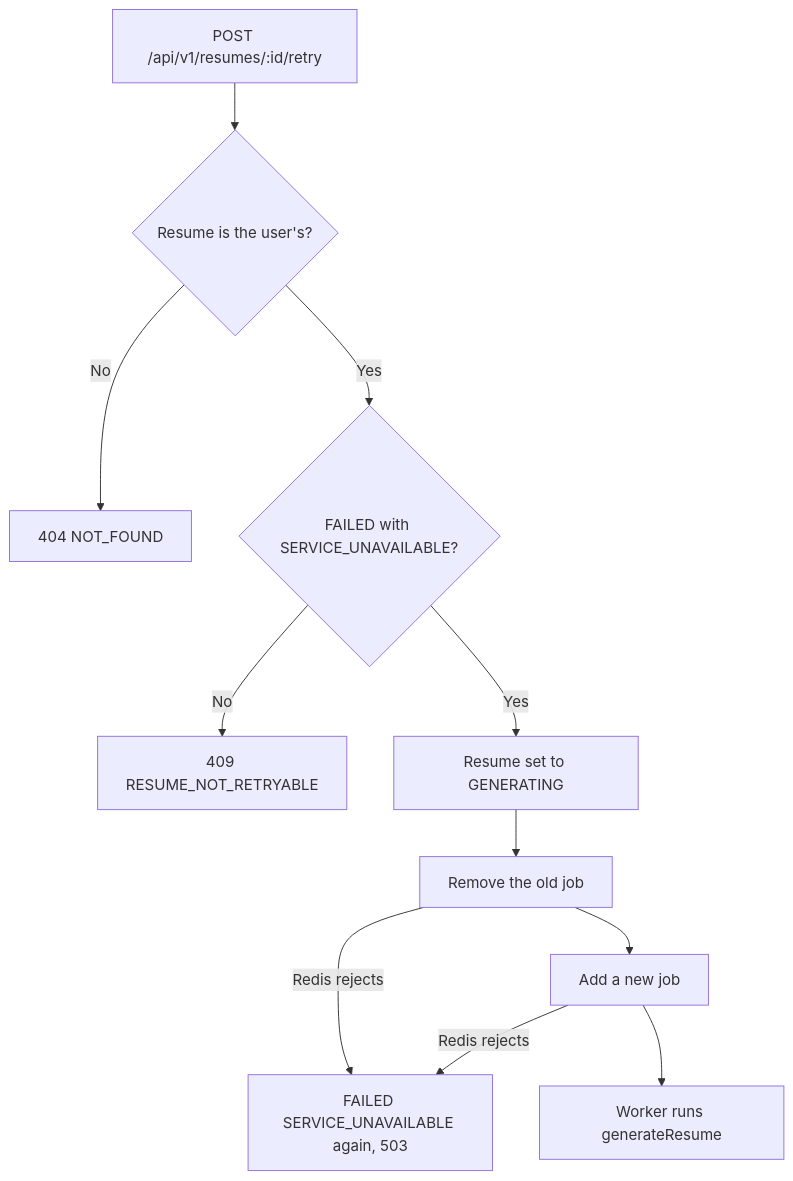
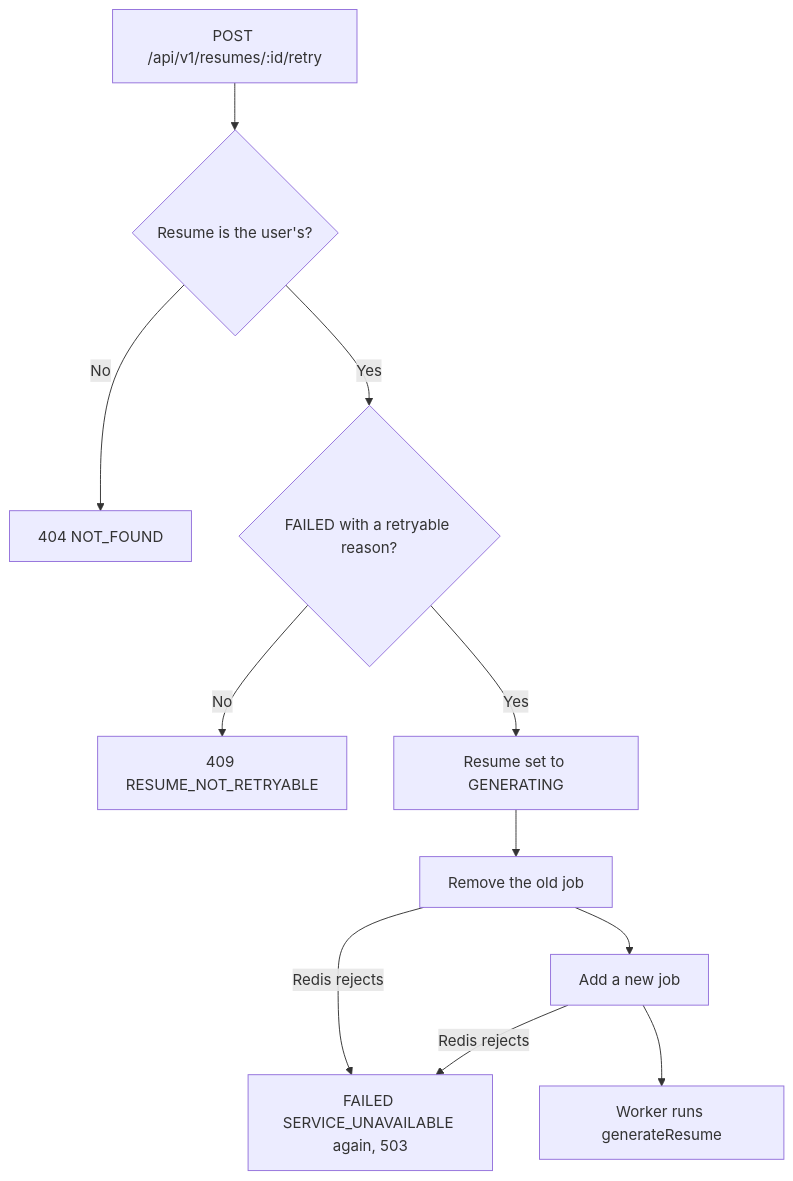
Before and after one commit to myusubov/tailorcv: the fourth of 4 diagrams in docs/architecture/onboarding/README.md, drawn with Mermaid. The commit also changed other lines of this file and 11 other files, not shown here.

````diff
--- a/docs/architecture/onboarding/README.md
+++ b/docs/architecture/onboarding/README.md
@@ -128,13 +129,13 @@
 ```mermaid
 flowchart TD
   Retry[POST /api/v1/resumes/:id/retry] --> Find{Resume is the user's?}
   Find -->|No| NotFound[404 NOT_FOUND]
-  Find -->|Yes| Reset{FAILED with SERVICE_UNAVAILABLE?}
+  Find -->|Yes| Reset{FAILED with a retryable reason?}
   Reset -->|No| Conflict[409 RESUME_NOT_RETRYABLE]
   Reset -->|Yes| Generating[Resume set to GENERATING]
   Generating --> Remove[Remove the old job]
   Remove --> Add[Add a new job]
   Remove -->|Redis rejects| Failed[FAILED SERVICE_UNAVAILABLE again, 503]
   Add -->|Redis rejects| Failed
   Add --> Worker[Worker runs generateResume]
 ```
````
